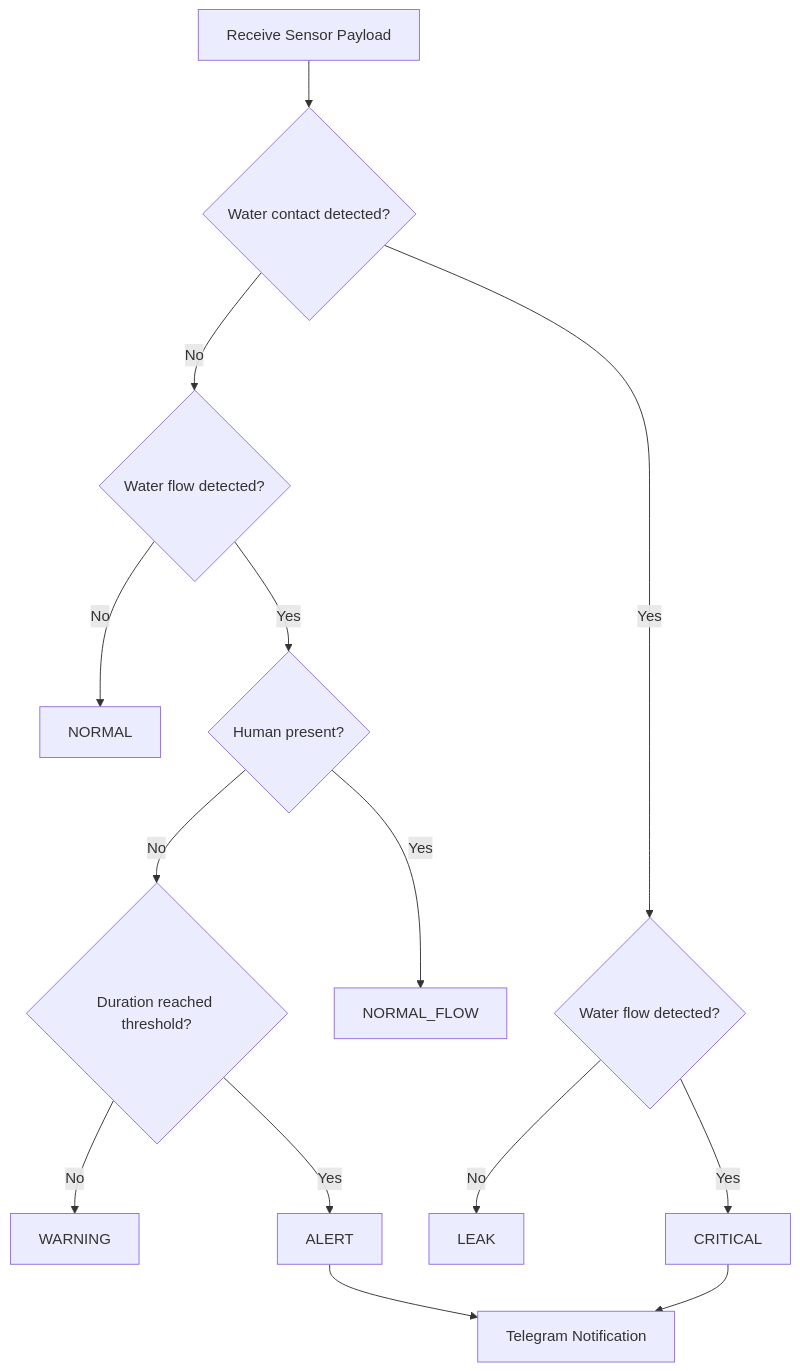
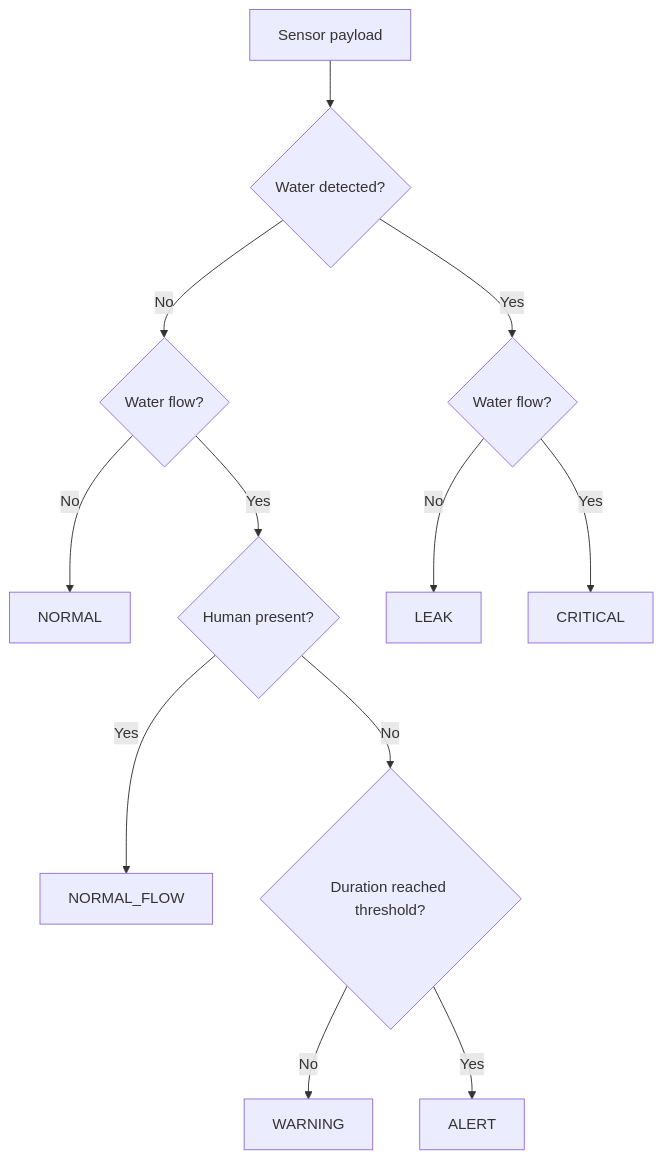
One commit to momo840505/smart-hydro-alert changed the second of 2 diagrams in README.md. Above: the diagram before and after it, drawn with Mermaid. The commit also changed other lines of this file and 4 other files, not shown here.

````diff
--- a/README.md
+++ b/README.md
@@ -176,22 +97,19 @@
 ```mermaid
 flowchart TD
-    A[Receive Sensor Payload] --> B{Water contact detected?}
+    A[Sensor payload] --> B{Water detected?}
 
-    B -- No --> C{Water flow detected?}
-    B -- Yes --> D{Water flow detected?}
+    B -- No --> C{Water flow?}
+    B -- Yes --> D{Water flow?}
 
     C -- No --> E[NORMAL]
     C -- Yes --> F{Human present?}
 
     F -- Yes --> G[NORMAL_FLOW]
     F -- No --> H{Duration reached threshold?}
 
     H -- No --> I[WARNING]
     H -- Yes --> J[ALERT]
 
     D -- No --> K[LEAK]
     D -- Yes --> L[CRITICAL]
-
-    J --> M[Telegram Notification]
-    L --> M
 ```
````
